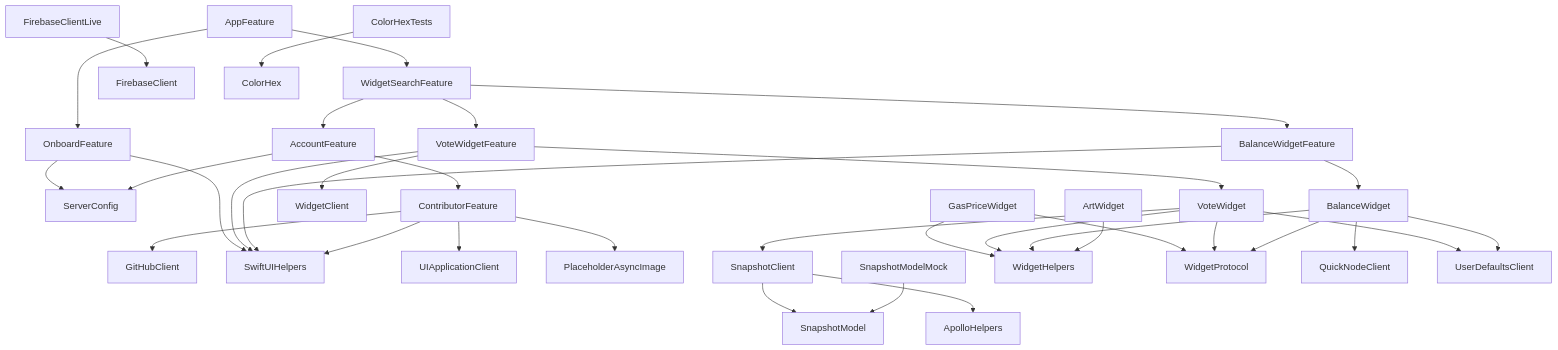
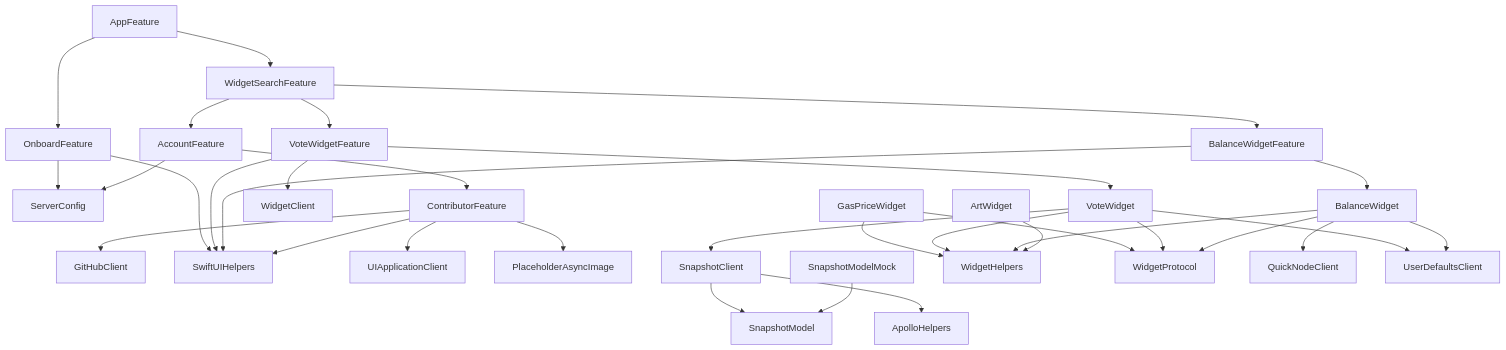
Before and after one commit to caaaption/caaaption: the diagram in caaaption/PackageDependencies.md, drawn with Mermaid.

````diff
--- a/caaaption/PackageDependencies.md
+++ b/caaaption/PackageDependencies.md
@@ -1,37 +1,35 @@
 ```mermaid
 graph TD;
     AppFeature-->WidgetSearchFeature;
     AppFeature-->OnboardFeature;
     WidgetSearchFeature-->AccountFeature;
     WidgetSearchFeature-->BalanceWidgetFeature;
     WidgetSearchFeature-->VoteWidgetFeature;
     AccountFeature-->ServerConfig;
     AccountFeature-->ContributorFeature;
     ContributorFeature-->GitHubClient;
     ContributorFeature-->SwiftUIHelpers;
     ContributorFeature-->UIApplicationClient;
     ContributorFeature-->PlaceholderAsyncImage;
     BalanceWidgetFeature-->BalanceWidget;
     BalanceWidgetFeature-->SwiftUIHelpers;
     VoteWidgetFeature-->VoteWidget;
     VoteWidgetFeature-->WidgetClient;
     VoteWidgetFeature-->SwiftUIHelpers;
     OnboardFeature-->ServerConfig;
     OnboardFeature-->SwiftUIHelpers;
     SnapshotModelMock-->SnapshotModel;
-    FirebaseClientLive-->FirebaseClient;
     SnapshotClient-->ApolloHelpers;
     SnapshotClient-->SnapshotModel;
-    ColorHexTests-->ColorHex;
     ArtWidget-->WidgetHelpers;
     BalanceWidget-->WidgetHelpers;
     BalanceWidget-->WidgetProtocol;
     BalanceWidget-->QuickNodeClient;
     BalanceWidget-->UserDefaultsClient;
     VoteWidget-->WidgetHelpers;
     VoteWidget-->WidgetProtocol;
     VoteWidget-->UserDefaultsClient;
     VoteWidget-->SnapshotClient;
     GasPriceWidget-->WidgetHelpers;
     GasPriceWidget-->WidgetProtocol;
 ```
````
